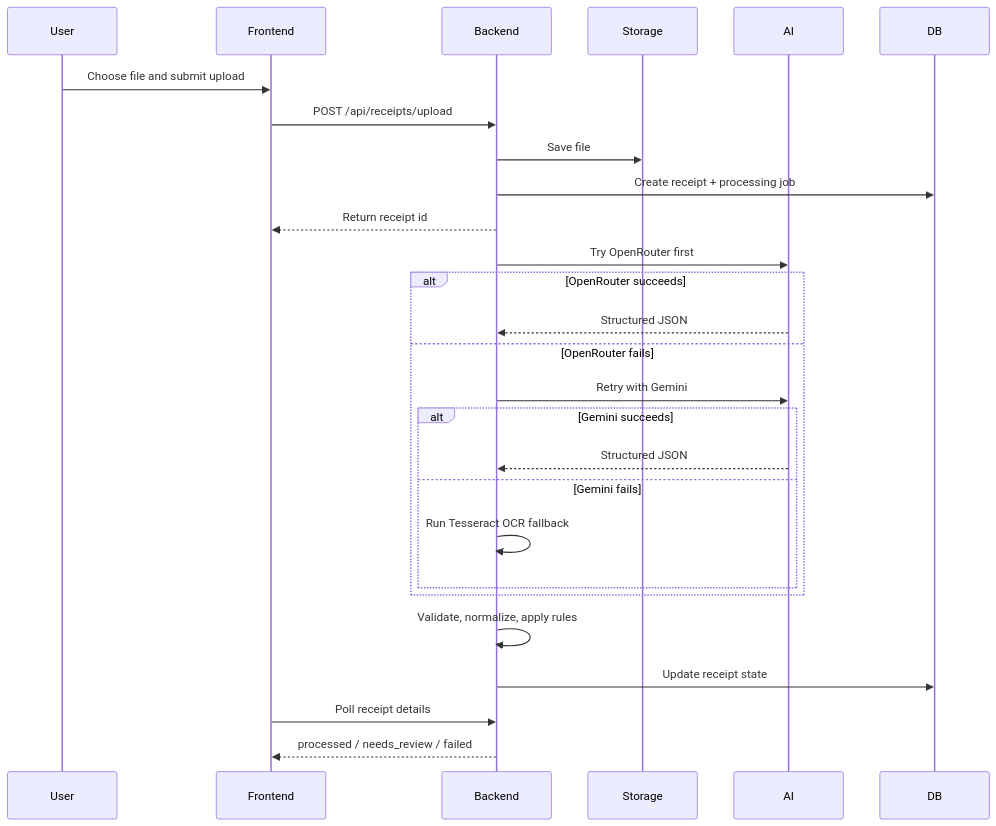
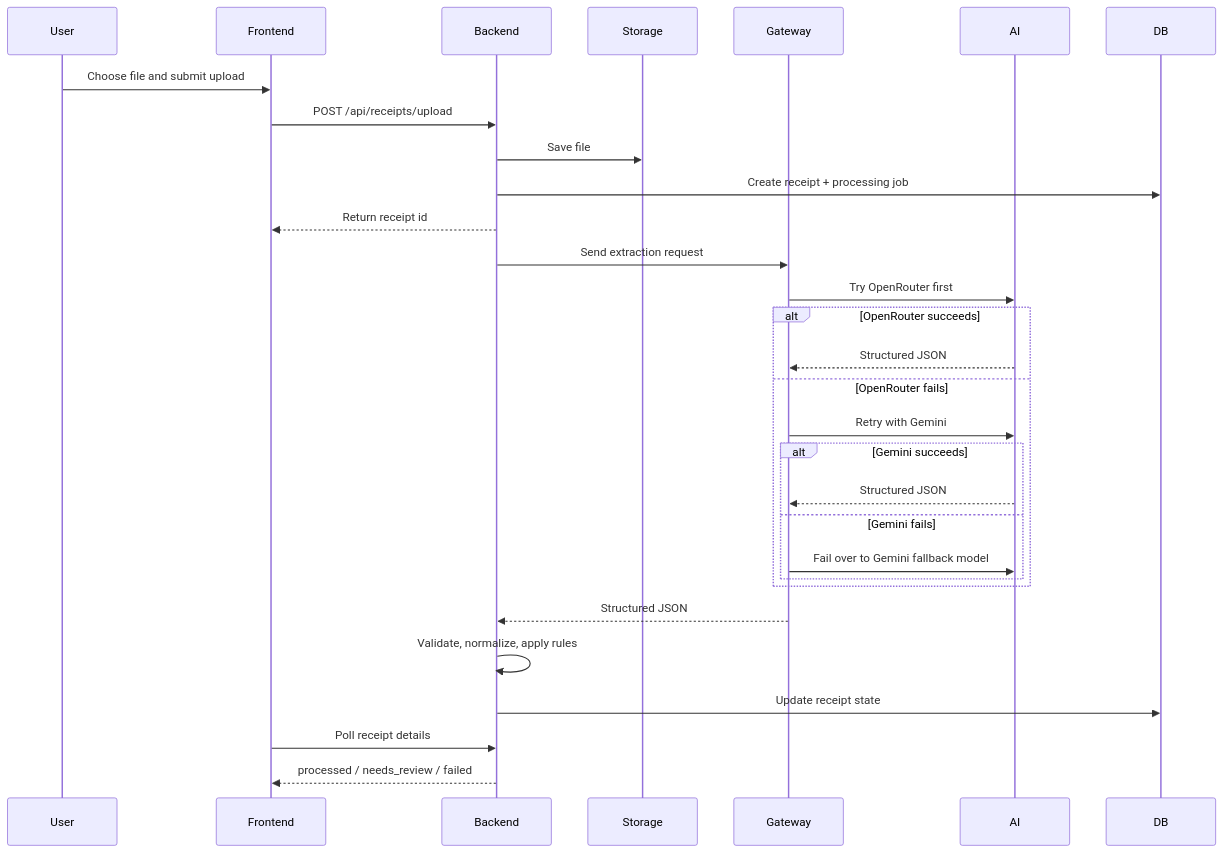
One commit to dushyant4665/receiptmind changed the first of 2 diagrams in docs/FLOW.md. Above: the diagram before and after it, drawn with Mermaid. The commit also changed other lines of this file and 40 other files, not shown here.

````diff
--- a/docs/FLOW.md
+++ b/docs/FLOW.md
@@ -7,30 +7,33 @@
 ```mermaid
 sequenceDiagram
     participant User
     participant Frontend
     participant Backend
     participant Storage
+    participant Gateway
     participant AI
     participant DB
 
     User->>Frontend: Choose file and submit upload
     Frontend->>Backend: POST /api/receipts/upload
     Backend->>Storage: Save file
     Backend->>DB: Create receipt + processing job
     Backend-->>Frontend: Return receipt id
-    Backend->>AI: Try OpenRouter first
+    Backend->>Gateway: Send extraction request
+    Gateway->>AI: Try OpenRouter first
     alt OpenRouter succeeds
-        AI-->>Backend: Structured JSON
+        AI-->>Gateway: Structured JSON
     else OpenRouter fails
-        Backend->>AI: Retry with Gemini
+        Gateway->>AI: Retry with Gemini
         alt Gemini succeeds
-            AI-->>Backend: Structured JSON
+            AI-->>Gateway: Structured JSON
         else Gemini fails
-            Backend->>Backend: Run Tesseract OCR fallback
+            Gateway->>AI: Fail over to Gemini fallback model
         end
     end
+    Gateway-->>Backend: Structured JSON
     Backend->>Backend: Validate, normalize, apply rules
     Backend->>DB: Update receipt state
     Frontend->>Backend: Poll receipt details
     Backend-->>Frontend: processed / needs_review / failed
 ```
````
